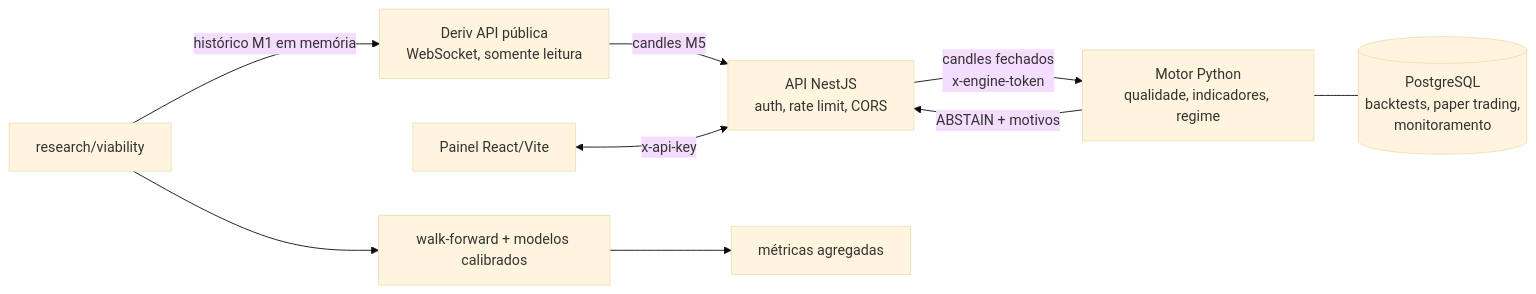
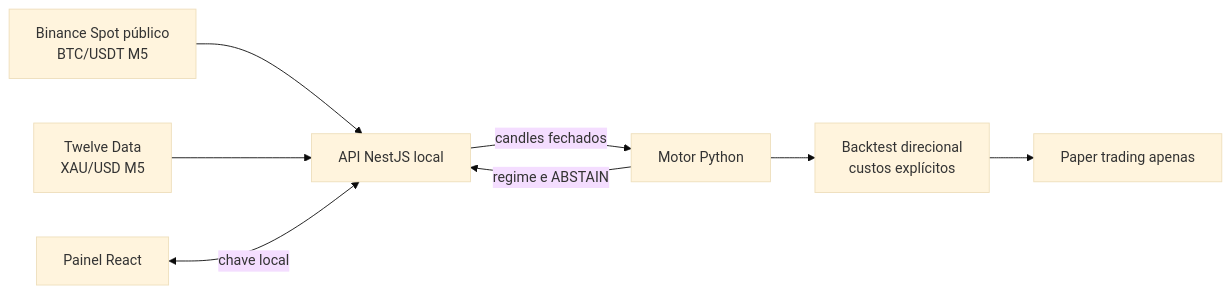
One commit to GilsonCataoDev/Binary-intelligence changed the diagram in README.md. Above: the diagram before and after it, drawn with Mermaid (base theme). The commit also changed other lines of this file and 24 other files, not shown here.

````diff
--- a/README.md
+++ b/README.md
@@ -53,10 +26,10 @@
 ```mermaid
 flowchart LR
-    D[Deriv API pública<br/>WebSocket, somente leitura] -->|candles M5| A[API NestJS<br/>auth, rate limit, CORS]
-    UI[Painel React/Vite] <-->|x-api-key| A
-    A -->|candles fechados<br/>x-engine-token| E[Motor Python<br/>qualidade, indicadores, regime]
-    E -->|ABSTAIN + motivos| A
-    E --- DB[(PostgreSQL<br/>backtests, paper trading,<br/>monitoramento)]
-    R[research/viability] -->|histórico M1 em memória| D
-    R --> M[walk-forward + modelos calibrados] --> O[métricas agregadas]
+  B[Binance Spot público<br/>BTC/USDT M5] --> A[API NestJS local]
+  T[Twelve Data<br/>XAU/USD M5] --> A
+  UI[Painel React] <-->|chave local| A
+  A -->|candles fechados| E[Motor Python]
+  E -->|regime e ABSTAIN| A
+  E --> R[Backtest direcional<br/>custos explícitos]
+  R --> P[Paper trading apenas]
 ```
````
